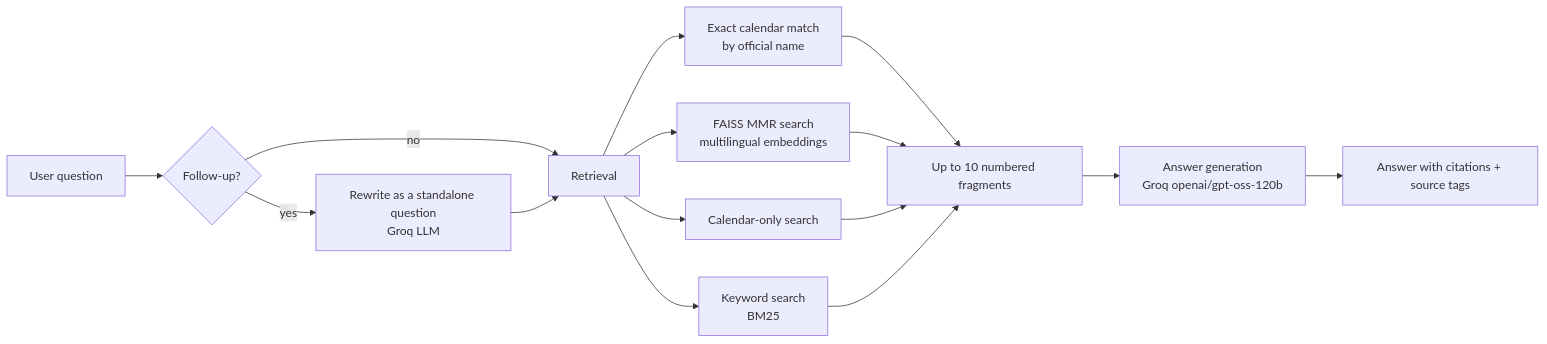
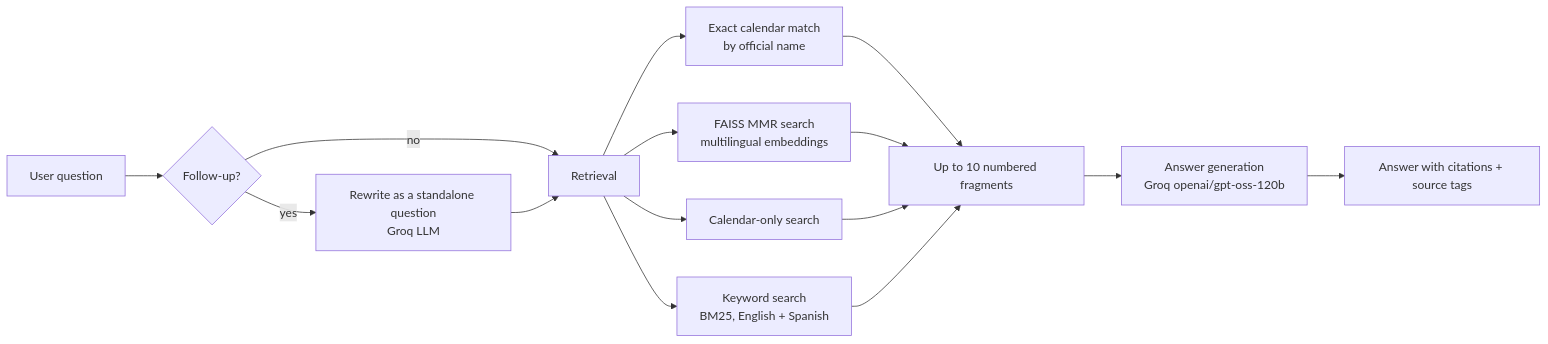
Before and after one commit to machinelearning-source/UdeC-knowledge: the diagram in README.md, drawn with Mermaid. The commit also changed other lines of this file and 4 other files, not shown here.

First line of the commit message:
Complete answers and Spanish keyword search

````diff
--- a/README.md
+++ b/README.md
@@ -24,14 +24,14 @@
 ```mermaid
 flowchart LR
     Q[User question] --> F{Follow-up?}
     F -- yes --> R[Rewrite as a standalone question<br/>Groq LLM]
     F -- no --> S
     R --> S[Retrieval]
     S --> C1[Exact calendar match<br/>by official name]
     S --> C2[FAISS MMR search<br/>multilingual embeddings]
     S --> C3[Calendar-only search]
-    S --> C4[Keyword search<br/>BM25]
+    S --> C4[Keyword search<br/>BM25, English + Spanish]
     C1 & C2 & C3 & C4 --> CTX[Up to 10 numbered fragments]
     CTX --> G[Answer generation<br/>Groq openai/gpt-oss-120b]
     G --> A[Answer with citations + source tags]
 ```
````
